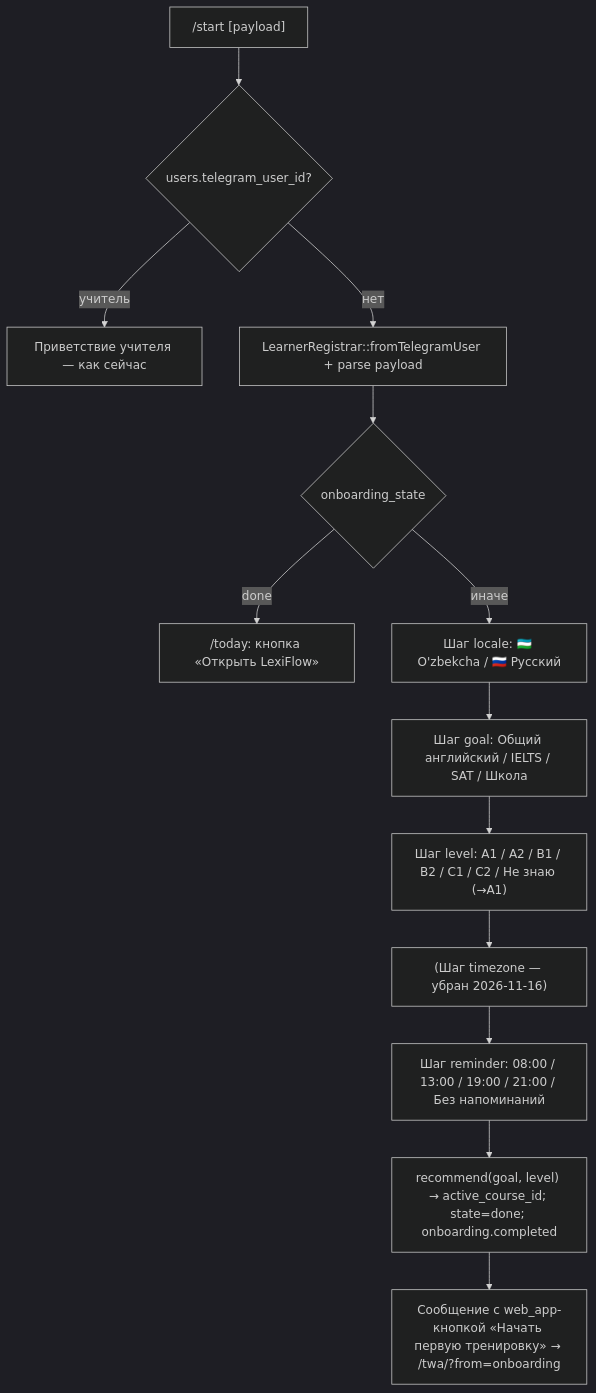
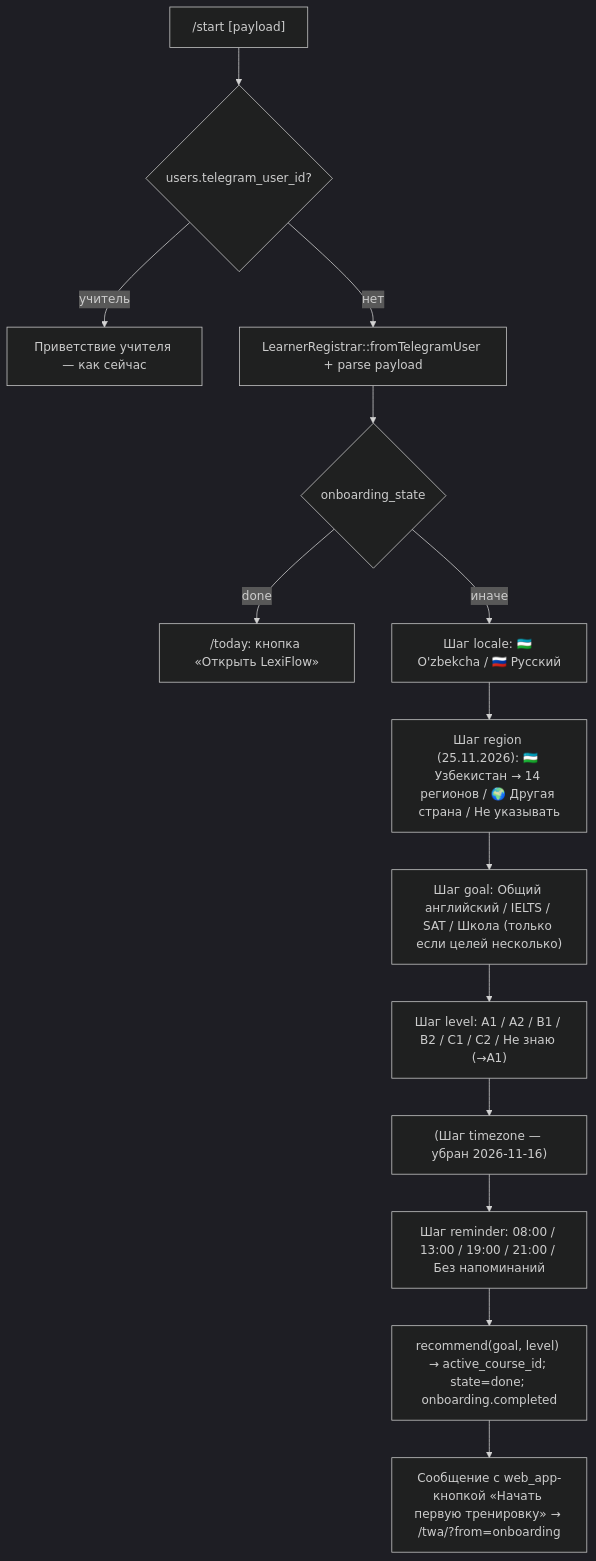
One commit to AsadbekRahimov/flash-cards changed the third of 3 diagrams in docs/12_PHASE1_DESIGN.md. Above: the diagram before and after it, drawn with Mermaid (dark theme). The commit also changed other lines of this file and 98 other files, not shown here.

````diff
--- a/docs/12_PHASE1_DESIGN.md
+++ b/docs/12_PHASE1_DESIGN.md
@@ -844,15 +844,16 @@
 ```mermaid
 flowchart TD
     A["/start [payload]"] --> B{users.telegram_user_id?}
     B -- учитель --> T[Приветствие учителя — как сейчас]
     B -- нет --> C[LearnerRegistrar::fromTelegramUser + parse payload]
     C --> D{onboarding_state}
     D -- done --> H["/today: кнопка «Открыть LexiFlow»"]
     D -- иначе --> E["Шаг locale: 🇺🇿 O'zbekcha / 🇷🇺 Русский"]
-    E --> F["Шаг goal: Общий английский / IELTS / SAT / Школа"]
+    E --> R["Шаг region (25.11.2026): 🇺🇿 Узбекистан → 14 регионов / 🌍 Другая страна / Не указывать"]
+    R --> F["Шаг goal: Общий английский / IELTS / SAT / Школа (только если целей несколько)"]
     F --> G["Шаг level: A1 / A2 / B1 / B2 / C1 / C2 / Не знаю (→A1)"]
     G --> I["(Шаг timezone — убран 2026-11-16)"]
     I --> J["Шаг reminder: 08:00 / 13:00 / 19:00 / 21:00 / Без напоминаний"]
     J --> K["recommend(goal, level) → active_course_id; state=done; onboarding.completed"]
     K --> L["Сообщение с web_app-кнопкой «Начать первую тренировку» → /twa/?from=onboarding"]
 ```
````
